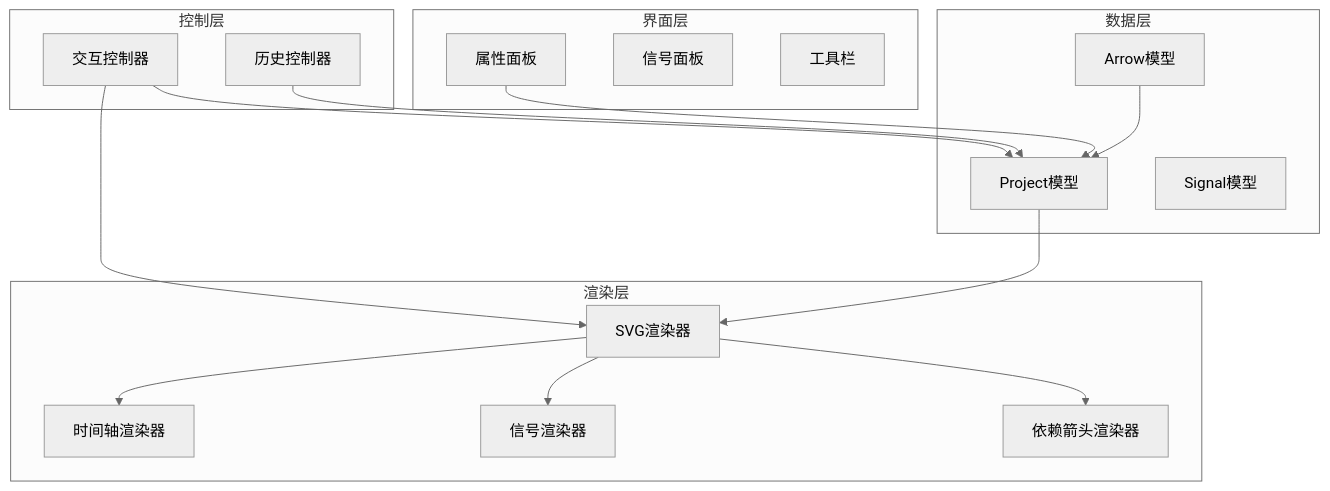
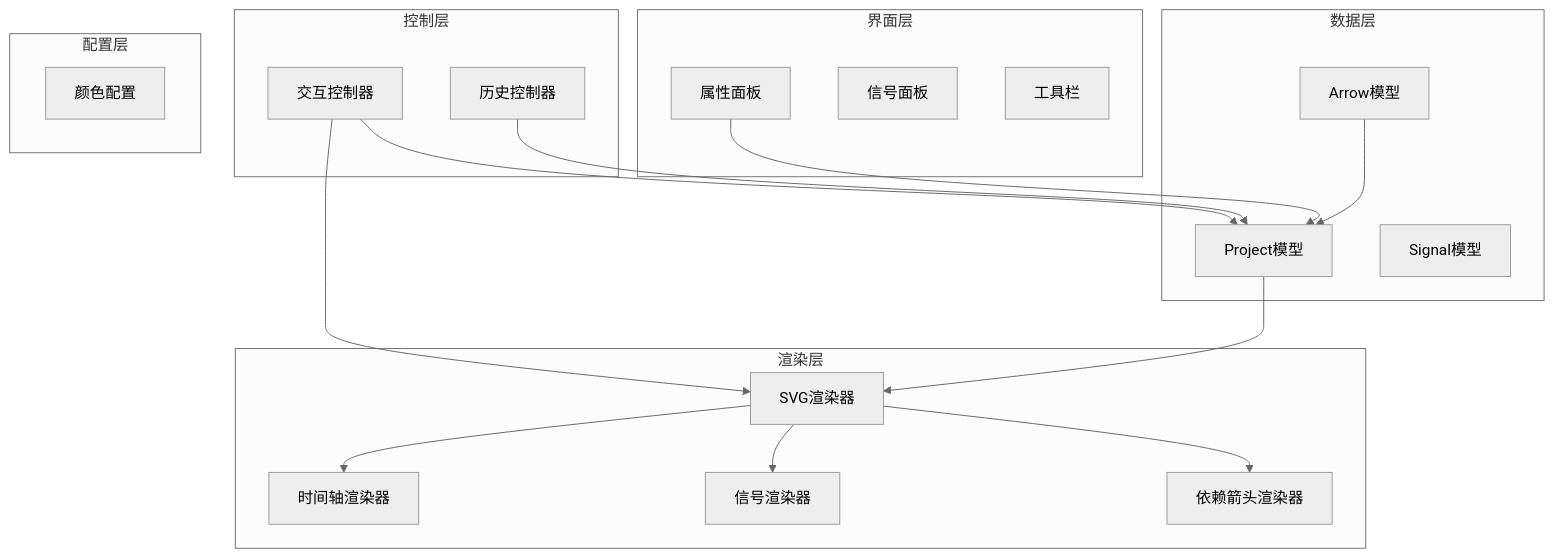
The ninth of 9 diagrams in .qoder/repowiki/zh/content/交互控制系统/依赖箭头管理.md (nht123456/waveform-editor), drawn with Mermaid (neutral theme) before and after one commit. The commit also changed other lines of this file and 7 other files, not shown here.

````diff
--- a/.qoder/repowiki/zh/content/交互控制系统/依赖箭头管理.md
+++ b/.qoder/repowiki/zh/content/交互控制系统/依赖箭头管理.md
@@ -372,32 +422,35 @@
 ```mermaid
 graph TB
 subgraph "数据层"
 ArrowModel[Arrow模型]
 ProjectModel[Project模型]
 SignalModel[Signal模型]
 end
 subgraph "渲染层"
 SVGRenderer[SVG渲染器]
 DependencyRenderer[依赖箭头渲染器]
 SignalRenderer[信号渲染器]
 TimeAxisRenderer[时间轴渲染器]
 end
 subgraph "控制层"
 InteractionController[交互控制器]
 HistoryController[历史控制器]
 end
 subgraph "界面层"
 PropertyPanel[属性面板]
 SignalPanel[信号面板]
 Toolbar[工具栏]
 end
+subgraph "配置层"
+Colors[颜色配置]
+end
 ArrowModel --> ProjectModel
 ProjectModel --> SVGRenderer
 SVGRenderer --> DependencyRenderer
 SVGRenderer --> SignalRenderer
 SVGRenderer --> TimeAxisRenderer
 InteractionController --> ProjectModel
 InteractionController --> SVGRenderer
 PropertyPanel --> ProjectModel
 HistoryController --> ProjectModel
 ```
````
